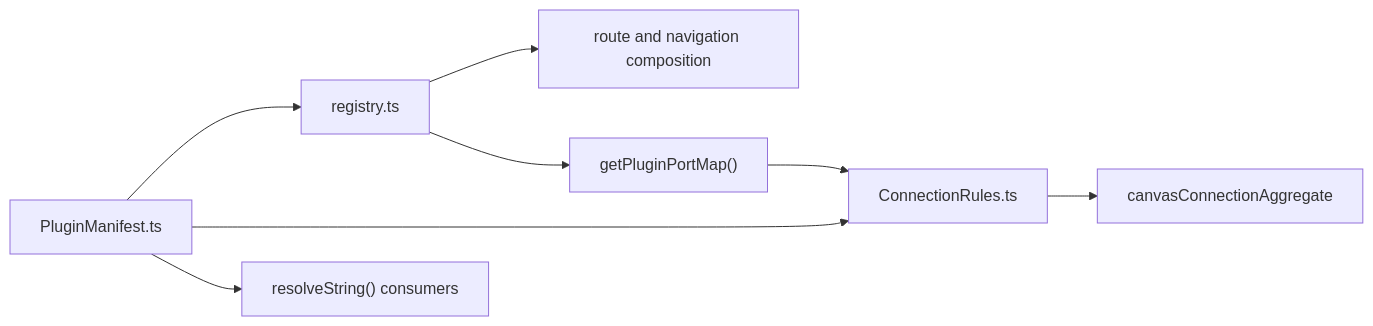
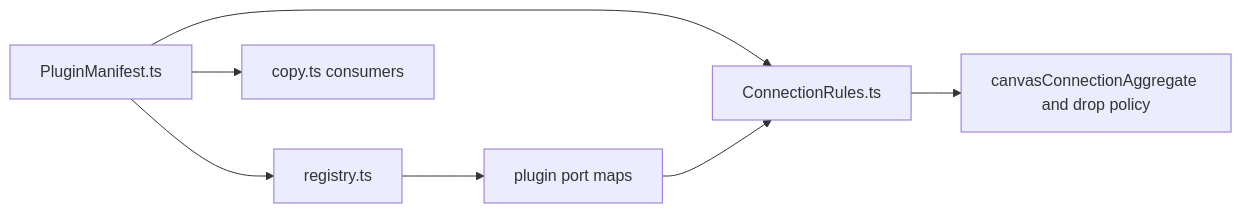
Before and after one commit to dunay2/dvt: the second of 2 diagrams in docs/architecture/components/web/graph/graph-frontend-architecture.md, drawn with Mermaid. The commit also changed other lines of this file and 4 other files, not shown here.

Commit message:
docs(docs): Compact graph architecture pack and fix doc encoding

````diff
--- a/docs/architecture/components/web/graph/graph-frontend-architecture.md
+++ b/docs/architecture/components/web/graph/graph-frontend-architecture.md
@@ -142,10 +108,9 @@
 ```mermaid
 flowchart LR
   Manifest["PluginManifest.ts"] --> Registry["registry.ts"]
-  Manifest --> ConnRules["ConnectionRules.ts"]
-  Manifest --> ShellCopy["resolveString() consumers"]
-  Registry --> Nav["route and navigation composition"]
-  Registry --> PortMap["getPluginPortMap()"]
-  PortMap --> ConnRules
-  ConnRules --> Canvas["canvasConnectionAggregate"]
+  Manifest --> Rules["ConnectionRules.ts"]
+  Manifest --> Copy["copy.ts consumers"]
+  Registry --> PortMap["plugin port maps"]
+  PortMap --> Rules
+  Rules --> CanvasPolicy["canvasConnectionAggregate and drop policy"]
 ```
````
